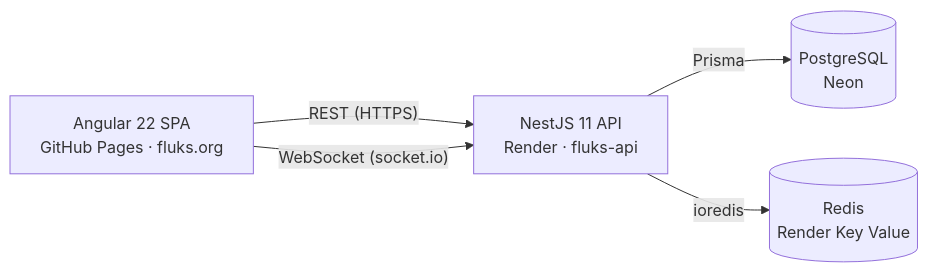
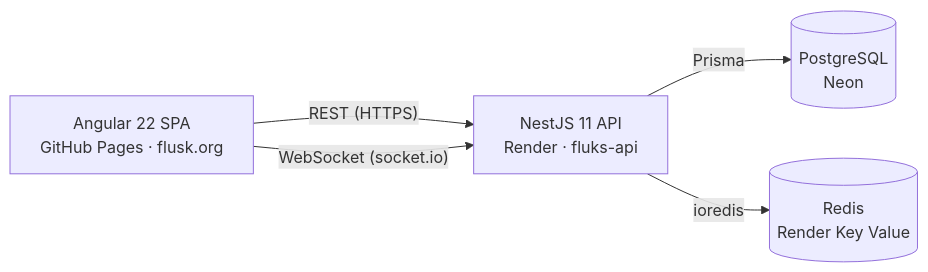
Before and after one commit to olucens/fluks: the diagram in README.md, drawn with Mermaid. The commit also changed other lines of this file and 6 other files, not shown here.

Commit message:
fix: correct production domain to flusk.org

````diff
--- a/README.md
+++ b/README.md
@@ -19,7 +19,7 @@
 ```mermaid
 flowchart LR
-    A["Angular 22 SPA<br/>GitHub Pages · fluks.org"] -- "REST (HTTPS)" --> B["NestJS 11 API<br/>Render · fluks-api"]
+    A["Angular 22 SPA<br/>GitHub Pages · flusk.org"] -- "REST (HTTPS)" --> B["NestJS 11 API<br/>Render · fluks-api"]
     A -- "WebSocket (socket.io)" --> B
     B -- Prisma --> C[("PostgreSQL<br/>Neon")]
     B -- ioredis --> D[("Redis<br/>Render Key Value")]
 ```
````
